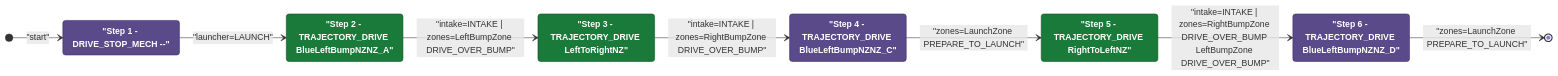
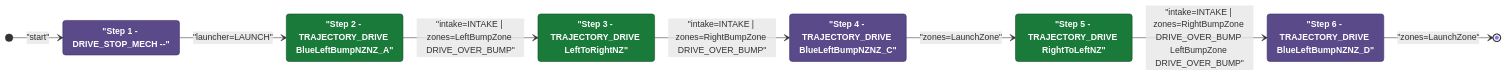
Before and after one commit to Team302/2026Rebuilt: the diagram in documents/auton/BlueTDepLaunch2NDepNOutScoreNCli.md, drawn with Mermaid. The commit also changed other lines of this file and 131 other files, not shown here.

First line of the commit message:
docs(auton): regenerate Mermaid diagrams [skip ci]

````diff
--- a/documents/auton/BlueTDepLaunch2NDepNOutScoreNCli.md
+++ b/documents/auton/BlueTDepLaunch2NDepNOutScoreNCli.md
@@ -8,30 +8,30 @@
 ```mermaid
 stateDiagram-v2
     direction LR
 
     %% Green = intake active, Purple = intake off
     classDef intake  fill:#1a7a3a,color:#ffffff,stroke:#0d4a1f,font-weight:bold
     classDef noIntake fill:#5a4a8a,color:#ffffff,stroke:#3a2a6a,font-weight:bold
 
     Step1 : "Step 1 - DRIVE_STOP_MECH --"
     Step2 : "Step 2 - TRAJECTORY_DRIVE BlueLeftBumpNZNZ_A"
     Step3 : "Step 3 - TRAJECTORY_DRIVE LeftToRightNZ"
     Step4 : "Step 4 - TRAJECTORY_DRIVE BlueLeftBumpNZNZ_C"
     Step5 : "Step 5 - TRAJECTORY_DRIVE RightToLeftNZ"
     Step6 : "Step 6 - TRAJECTORY_DRIVE BlueLeftBumpNZNZ_D"
 
     class Step1 noIntake
     class Step2 intake
     class Step3 intake
     class Step4 noIntake
     class Step5 intake
     class Step6 noIntake
 
     [*] --> Step1 : "start"
     Step1 --> Step2: "launcher=LAUNCH"
     Step2 --> Step3: "intake=INTAKE | zones=LeftBumpZone DRIVE_OVER_BUMP"
     Step3 --> Step4: "intake=INTAKE | zones=RightBumpZone DRIVE_OVER_BUMP"
-    Step4 --> Step5: "zones=LaunchZone PREPARE_TO_LAUNCH"
+    Step4 --> Step5: "zones=LaunchZone"
     Step5 --> Step6: "intake=INTAKE | zones=RightBumpZone DRIVE_OVER_BUMP LeftBumpZone DRIVE_OVER_BUMP"
-    Step6 --> [*]: "zones=LaunchZone PREPARE_TO_LAUNCH"
+    Step6 --> [*]: "zones=LaunchZone"
 ```
````
